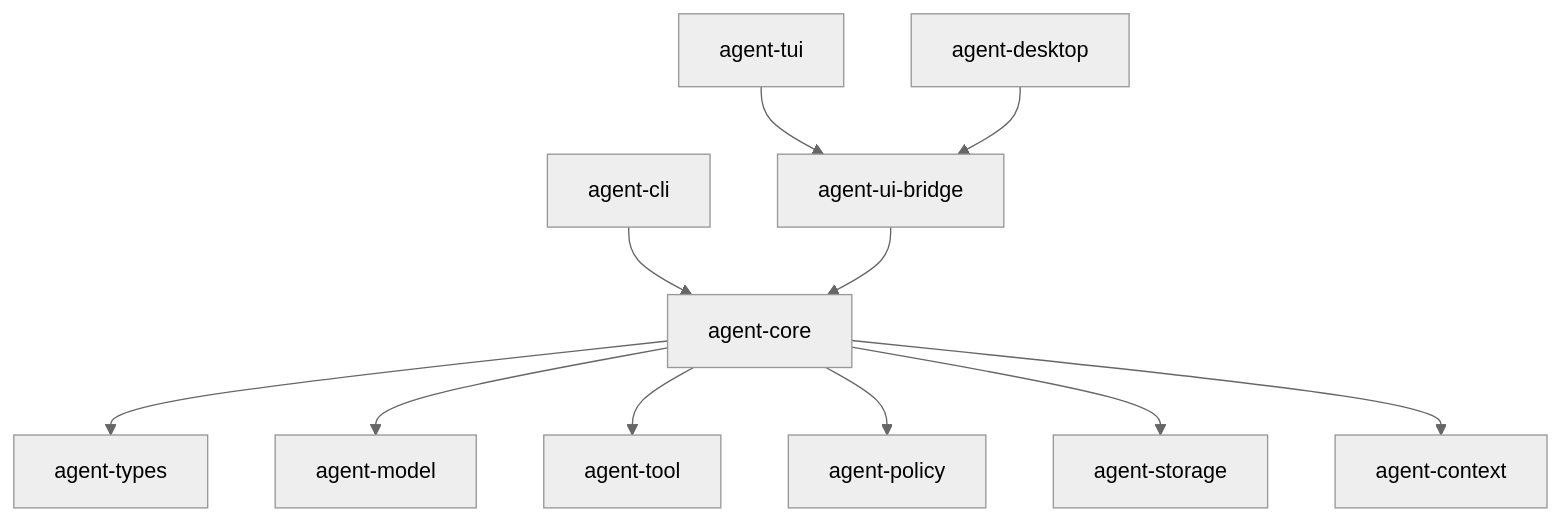
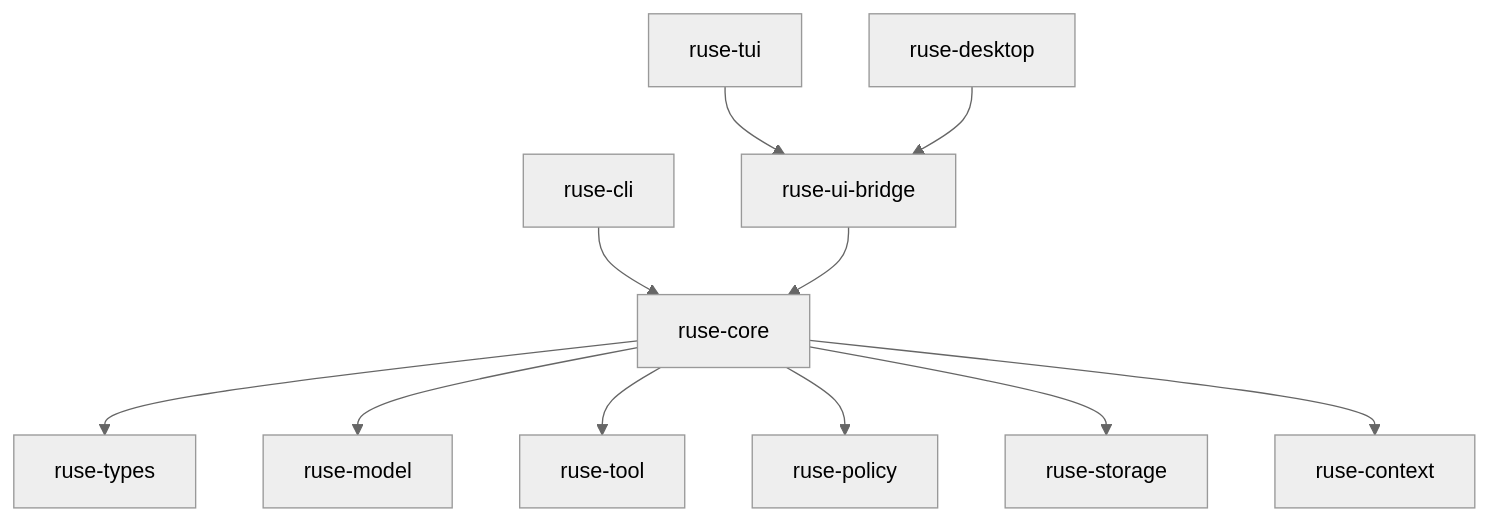
Before and after one commit to poneding/agent: the diagram in docs/specs/M56-coding-agent-golden-path-v1.spec.md, drawn with Mermaid (neutral theme). The commit also changed other lines of this file and 2091 other files, not shown here.

First line of the commit message:
refactor: rename agent branding to ruse

````diff
--- a/docs/specs/M56-coding-agent-golden-path-v1.spec.md
+++ b/docs/specs/M56-coding-agent-golden-path-v1.spec.md
@@ -35,13 +35,13 @@
 ```mermaid
 flowchart TD
-  CLI["agent-cli"] --> Core["agent-core"]
-  TUI["agent-tui"] --> Bridge["agent-ui-bridge"]
-  Desktop["agent-desktop"] --> Bridge
+  CLI["ruse-cli"] --> Core["ruse-core"]
+  TUI["ruse-tui"] --> Bridge["ruse-ui-bridge"]
+  Desktop["ruse-desktop"] --> Bridge
   Bridge --> Core
-  Core --> Types["agent-types"]
-  Core --> Model["agent-model"]
-  Core --> Tools["agent-tool"]
-  Core --> Policy["agent-policy"]
-  Core --> Storage["agent-storage"]
-  Core --> Context["agent-context"]
+  Core --> Types["ruse-types"]
+  Core --> Model["ruse-model"]
+  Core --> Tools["ruse-tool"]
+  Core --> Policy["ruse-policy"]
+  Core --> Storage["ruse-storage"]
+  Core --> Context["ruse-context"]
 ```
````
